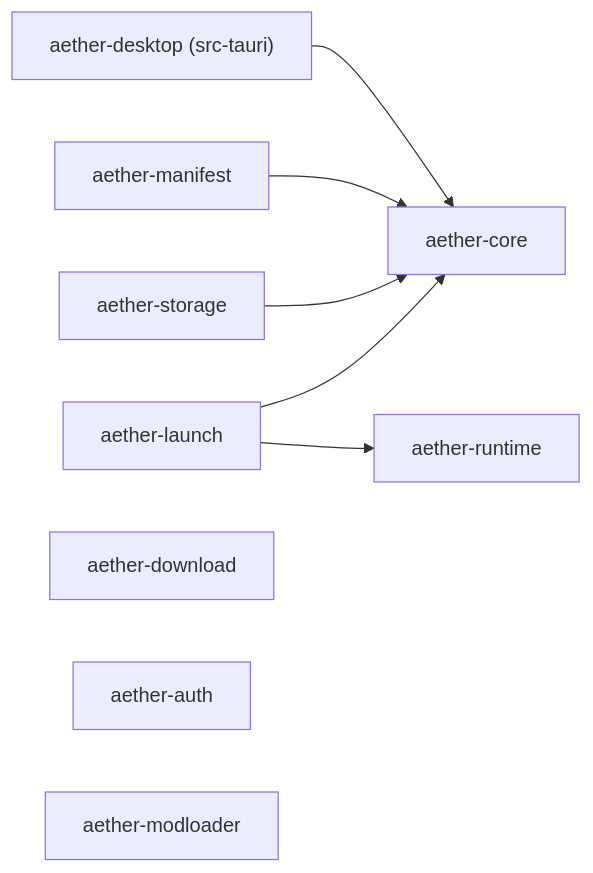
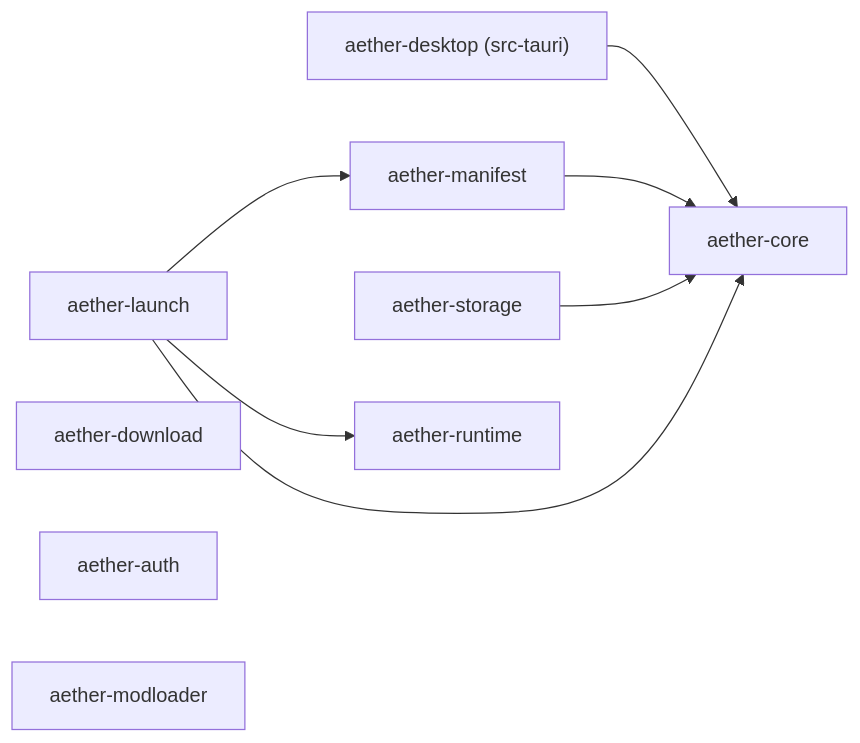
The diagram in docs/architecture.md (Aether-254/Aether-Launcher), drawn with Mermaid before and after one commit. The commit also changed other lines of this file, not shown here.

Commit message:
docs: document manifest file loading and Java selection

````diff
--- a/docs/architecture.md
+++ b/docs/architecture.md
@@ -11,11 +11,12 @@
 ```mermaid
 graph LR
   desktop["aether-desktop (src-tauri)"] --> core[aether-core]
   manifest[aether-manifest] --> core
   storage[aether-storage] --> core
   launch[aether-launch] --> core
   launch --> runtime[aether-runtime]
+  launch --> manifest
   download[aether-download]
   auth[aether-auth]
   modloader[aether-modloader]
 ```
````
